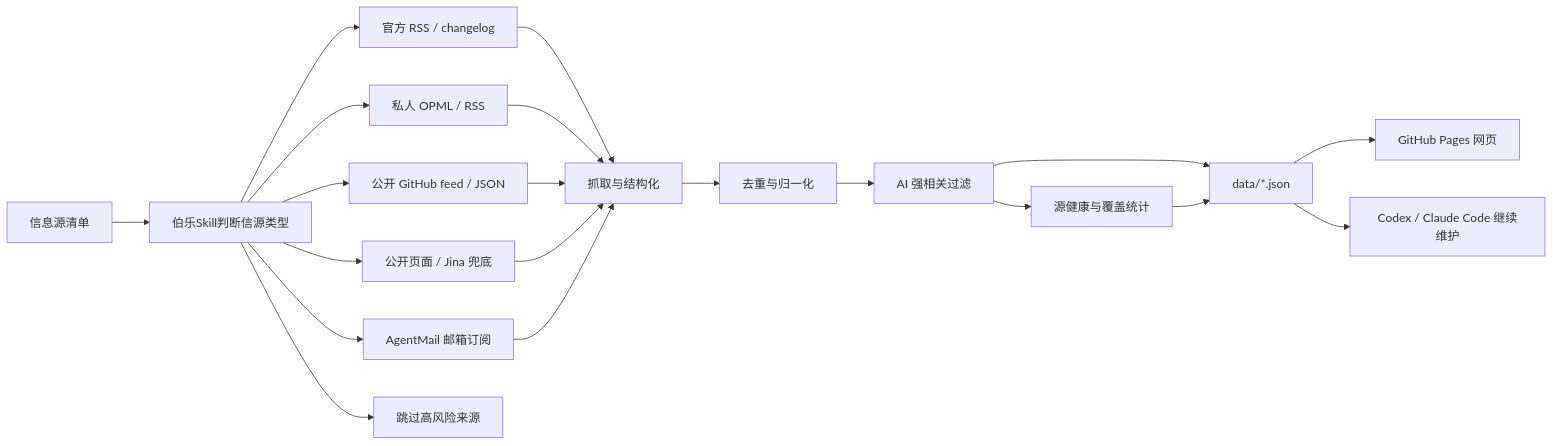
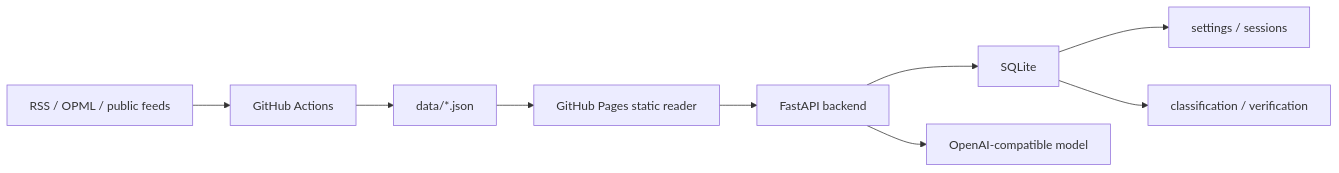
One commit to WithYouda/ai-news-radar-enhance changed the diagram in README.md. Above: the diagram before and after it, drawn with Mermaid. The commit also changed other lines of this file, not shown here.

````diff
--- a/README.md
+++ b/README.md
@@ -63,25 +41,13 @@
 ```mermaid
 flowchart LR
-    source["信息源清单"] --> classify["伯乐Skill判断信源类型"]
+    sources["RSS / OPML / public feeds"] --> actions["GitHub Actions"]
+    actions --> data["data/*.json"]
+    data --> pages["GitHub Pages static reader"]
 
-    classify --> official["官方 RSS / changelog"]
-    classify --> opml["私人 OPML / RSS"]
-    classify --> publicFeed["公开 GitHub feed / JSON"]
-    classify --> staticPage["公开页面 / Jina 兜底"]
-    classify --> privateMail["AgentMail 邮箱订阅"]
-    classify --> skip["跳过高风险来源"]
+    pages --> api["FastAPI backend"]
+    api --> sqlite["SQLite"]
+    api --> model["OpenAI-compatible model"]
 
-    official --> fetch["抓取与结构化"]
-    opml --> fetch
-    publicFeed --> fetch
-    staticPage --> fetch
-    privateMail --> fetch
-
-    fetch --> dedup["去重与归一化"]
-    dedup --> filter["AI 强相关过滤"]
-    filter --> status["源健康与覆盖统计"]
-    filter --> data["data/*.json"]
-    status --> data
-    data --> pages["GitHub Pages 网页"]
-    data --> agent["Codex / Claude Code 继续维护"]
+    sqlite --> settings["settings / sessions"]
+    sqlite --> verification["classification / verification"]
 ```
````
